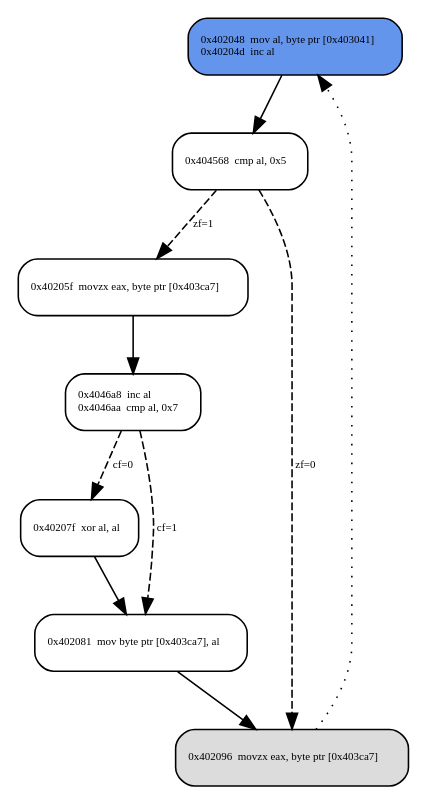
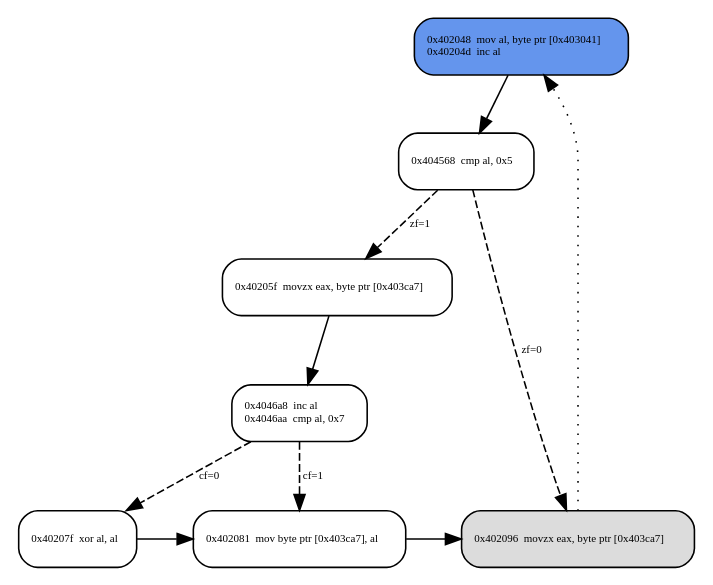
The diagram in F4b_XOR_W4kfu_GreHack2015_part2/images/f4b_opcode_table_slice.dot (tathanhdinh/write-ups), drawn with Graphviz before and after one commit. The commit also changed 6 other files, not shown here.

```diff
--- a/F4b_XOR_W4kfu_GreHack2015_part2/images/f4b_opcode_table_slice.dot
+++ b/F4b_XOR_W4kfu_GreHack2015_part2/images/f4b_opcode_table_slice.dot
@@ -1,53 +1,55 @@
 digraph G {
   0 [
     fontname="Source Code Pro",
     fontsize=7, shape=box, style="rounded,filled", fillcolor=cornflowerblue,
     label="0x402048  mov al, byte ptr [0x403041]\l0x40204d  inc al\l"
   ];
 
   1 [
     fontname="Source Code Pro",
     fontsize=7, shape=box, style=rounded,
     label="0x404568  cmp al, 0x5\l"
   ];
 
   2 [
     fontname="Source Code Pro",
     fontsize=7, shape=box, style=rounded,
     label="0x40205f  movzx eax, byte ptr [0x403ca7]\l"
   ];
 
   3 [
     fontname="Source Code Pro",
     fontsize=7, shape=box, style=rounded,
     label="0x4046a8  inc al\l0x4046aa  cmp al, 0x7\l"
   ];
 
   4 [
     fontname="Source Code Pro",
     fontsize=7, shape=box, style=rounded,
     label="0x40207f  xor al, al\l"
   ];
 
   5 [
     fontname="Source Code Pro",
     fontsize=7, shape=box, style=rounded,
     label="0x402081  mov byte ptr [0x403ca7], al\l"
   ]
 
   6 [
     fontname="Source Code Pro",
     fontsize=7, shape=box, style="rounded,filled", fillcolor=gainsboro,
     label="0x402096  movzx eax, byte ptr [0x403ca7]\l"
   ]
 
   0 -> 1 [fontsize=7, label="", style="solid"];
   1 -> 2 [fontsize=7, label="zf=1", style="dashed"];
   1 -> 6 [fontsize=7, label="zf=0", style="dashed"];
   2 -> 3 [fontsize=7, label="", style="solid"];
   3 -> 4 [fontsize=7, label="cf=0", style="dashed"];
   3 -> 5 [fontsize=7, label="cf=1", style="dashed"];
   4 -> 5 [fontsize=7, label="", style="solid"];
   5 -> 6 [fontsize=7, label="", style="solid"];
   6 -> 0 [fontsize=7, label="", style="dotted"];
+
+  { rank=same; 4; 5; 6 };
 }
```
